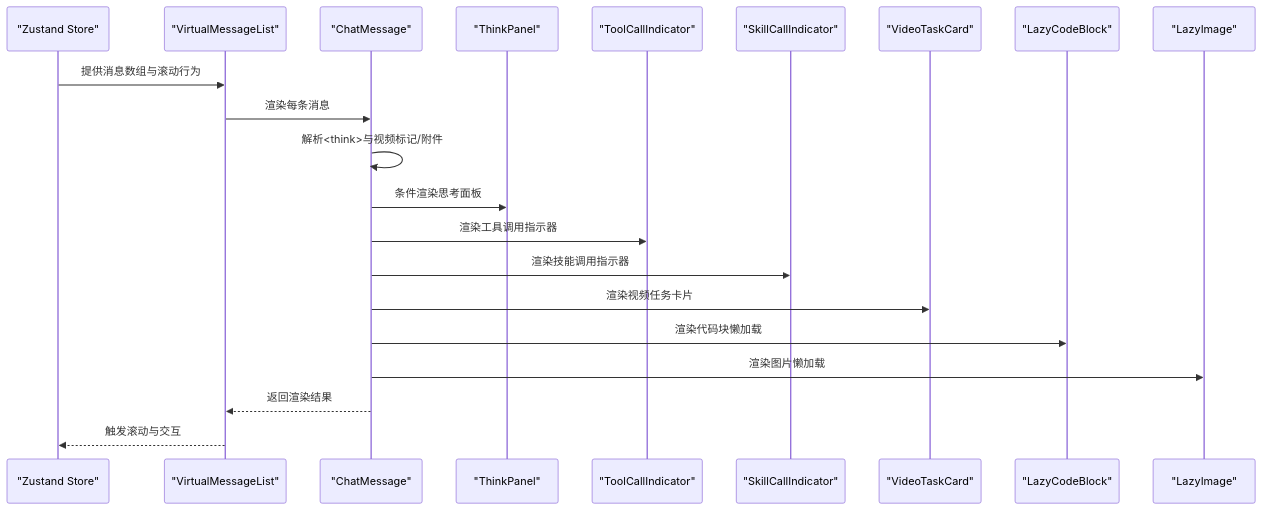
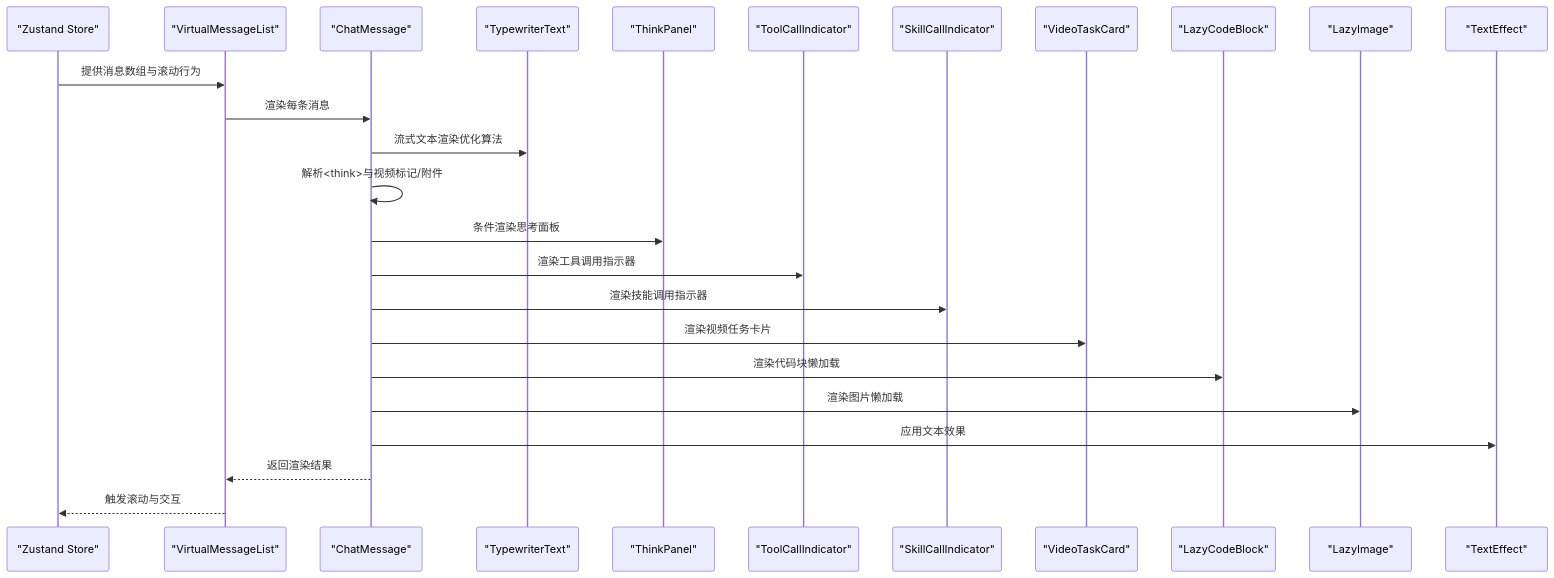
One commit to KunLabAI/KunFlix changed the second of 5 diagrams in .qoder/repowiki/zh/content/前端组件系统/AI助手组件/消息系统.md. Above: the diagram before and after it, drawn with Mermaid. The commit also changed other lines of this file and 21 other files, not shown here.

````diff
--- a/.qoder/repowiki/zh/content/前端组件系统/AI助手组件/消息系统.md
+++ b/.qoder/repowiki/zh/content/前端组件系统/AI助手组件/消息系统.md
@@ -136,23 +174,27 @@
 ```mermaid
 sequenceDiagram
 participant Store as "Zustand Store"
 participant VML as "VirtualMessageList"
 participant CM as "ChatMessage"
+participant TT as "TypewriterText"
 participant TP as "ThinkPanel"
 participant TCI as "ToolCallIndicator"
 participant SCI as "SkillCallIndicator"
 participant VTC as "VideoTaskCard"
 participant LCB as "LazyCodeBlock"
 participant LI as "LazyImage"
+participant TE as "TextEffect"
 Store->>VML : 提供消息数组与滚动行为
 VML->>CM : 渲染每条消息
+CM->>TT : 流式文本渲染优化算法
 CM->>CM : 解析<think>与视频标记/附件
 CM->>TP : 条件渲染思考面板
 CM->>TCI : 渲染工具调用指示器
 CM->>SCI : 渲染技能调用指示器
 CM->>VTC : 渲染视频任务卡片
 CM->>LCB : 渲染代码块懒加载
 CM->>LI : 渲染图片懒加载
+CM->>TE : 应用文本效果
 CM-->>VML : 返回渲染结果
 VML-->>Store : 触发滚动与交互
 ```
````
